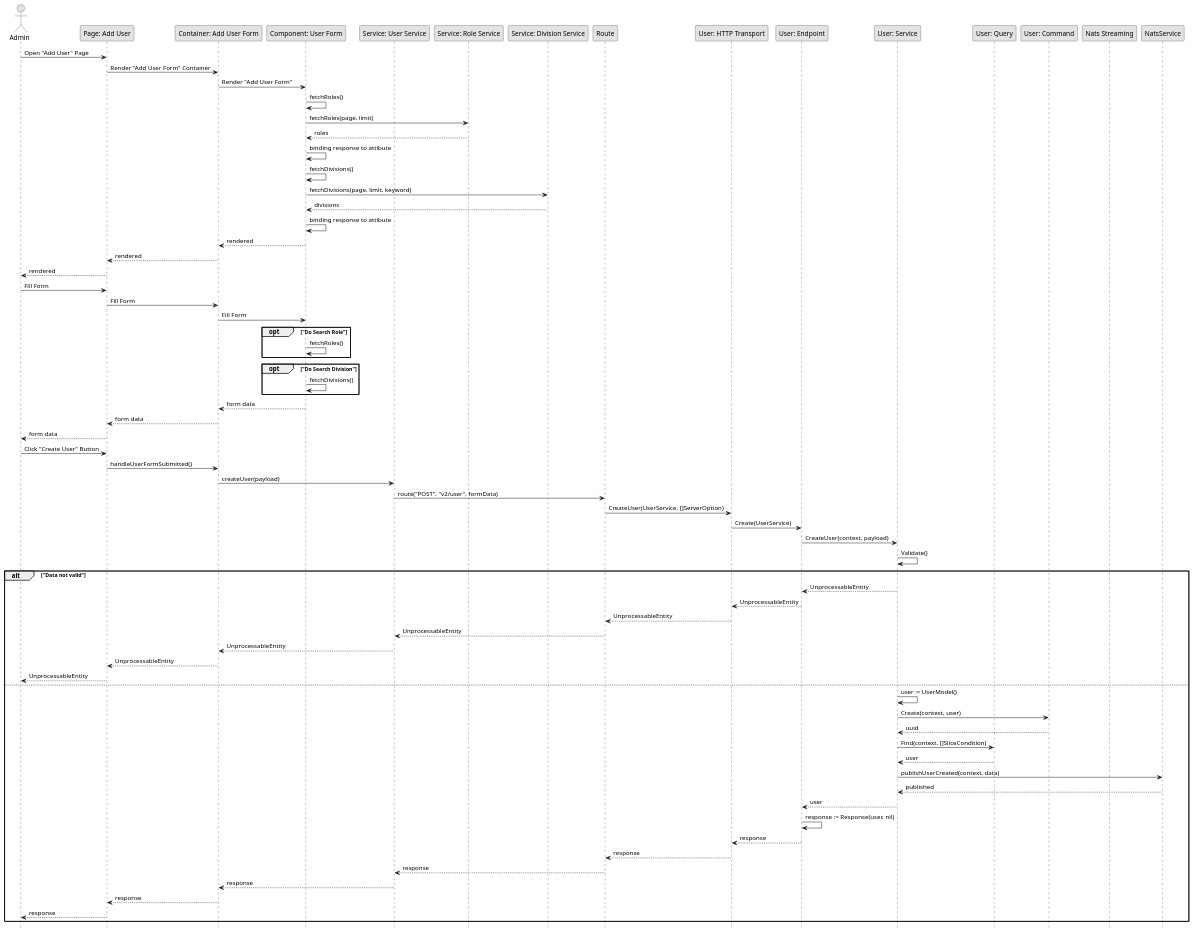
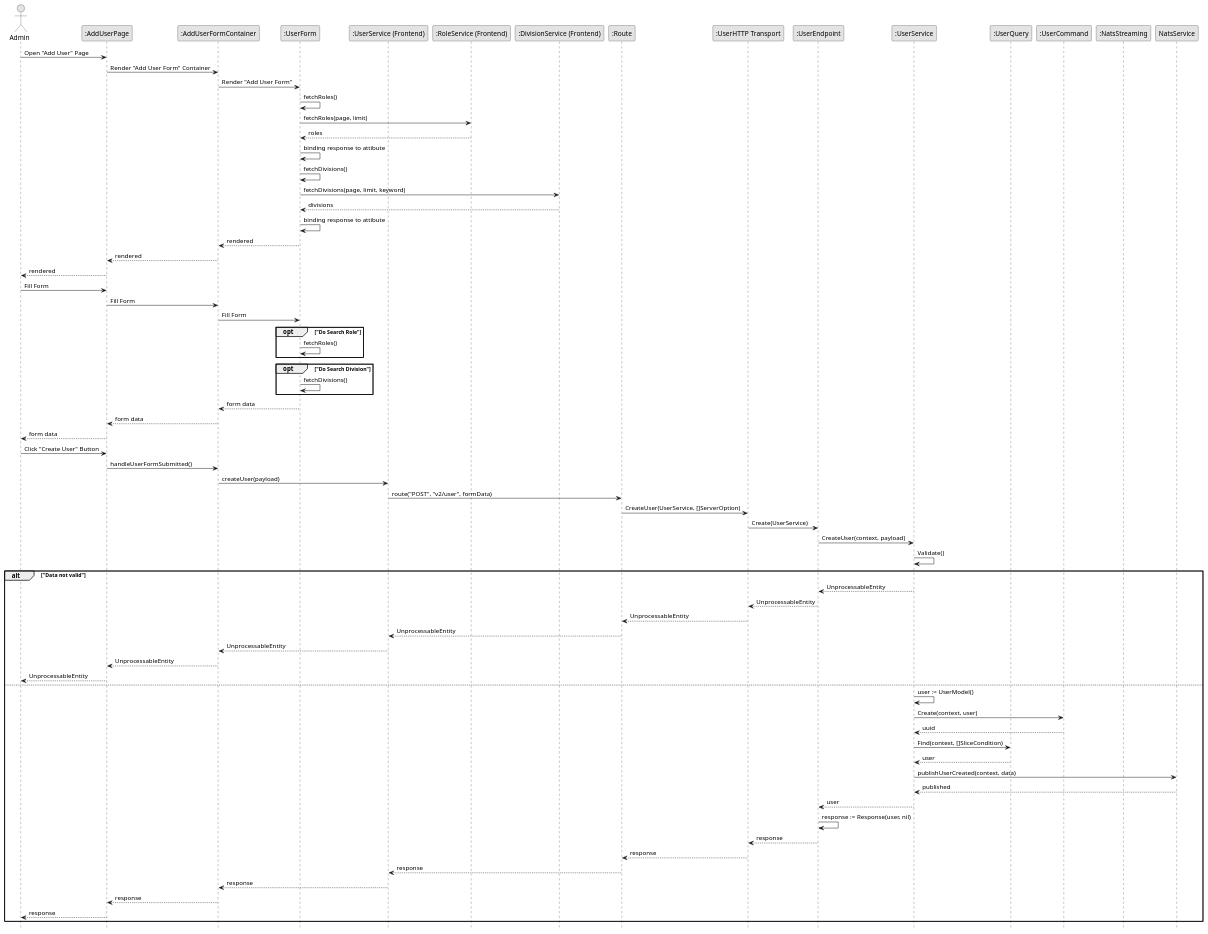
Before and after one commit to fwidjaya20/fazzlearning-uml: the diagram in Sequence/Release02/CreateUser.wsd, drawn with PlantUML. The commit also changed 108 other files, not shown here.

Commit message:
fix(diagram): change participant format name (#30)

```diff
--- a/Sequence/Release02/CreateUser.wsd
+++ b/Sequence/Release02/CreateUser.wsd
@@ -1,101 +1,101 @@
 @startuml CreateUser
 
 skinparam Monochrome true
 skinparam Shadowing false
 hide footbox
 
 actor Admin
-participant "Page: Add User" as CreateUserPage
-participant "Container: Add User Form" as AddUserFormContainer
-participant "Component: User Form" as UserFormComponent
-participant "Service: User Service" as FEUserService
-participant "Service: Role Service" as FERoleService
-participant "Service: Division Service" as FEDivisionService
-participant "Route" as Route
-participant "User: HTTP Transport" as UserHTTPTransport
-participant "User: Endpoint" as UserEndpoint
-participant "User: Service" as UserService
-participant "User: Query" as UserQuery
-participant "User: Command" as UserCommand
-participant "Nats Streaming" as NatsStreaming
+participant ":AddUserPage" as CreateUserPage
+participant ":AddUserFormContainer" as AddUserFormContainer
+participant ":UserForm" as UserFormComponent
+participant ":UserService (Frontend)" as FEUserService
+participant ":RoleService (Frontend)" as FERoleService
+participant ":DivisionService (Frontend)" as FEDivisionService
+participant ":Route" as Route
+participant ":UserHTTP Transport" as UserHTTPTransport
+participant ":UserEndpoint" as UserEndpoint
+participant ":UserService" as UserService
+participant ":UserQuery" as UserQuery
+participant ":UserCommand" as UserCommand
+participant ":NatsStreaming" as NatsStreaming
 
 ' Load Data
 Admin->CreateUserPage: Open "Add User" Page
 CreateUserPage->AddUserFormContainer: Render "Add User Form" Container
 AddUserFormContainer->UserFormComponent: Render "Add User Form"
 
 ' Fetch Roles
 UserFormComponent->UserFormComponent: fetchRoles()
 UserFormComponent->FERoleService: fetchRoles(page, limit)
 FERoleService-->UserFormComponent: roles
 UserFormComponent->UserFormComponent: binding response to attibute
 ' End Fetch Roles
 
 ' Fetch Division
 UserFormComponent->UserFormComponent: fetchDivisions()
 UserFormComponent->FEDivisionService: fetchDivisions(page, limit, keyword)
 FEDivisionService-->UserFormComponent: divisions
 UserFormComponent->UserFormComponent: binding response to attibute
 ' End Fetch Division
 
 UserFormComponent-->AddUserFormContainer: rendered
 AddUserFormContainer-->CreateUserPage: rendered
 CreateUserPage-->Admin: rendered
 ' End Load Data
 
 ' Fill Data
 Admin->CreateUserPage: Fill Form
 CreateUserPage->AddUserFormContainer: Fill Form
 AddUserFormContainer->UserFormComponent: Fill Form
 
 opt "Do Search Role"
     UserFormComponent->UserFormComponent: fetchRoles()
 end
 
 opt "Do Search Division"
     UserFormComponent->UserFormComponent: fetchDivisions()
 end
 
 UserFormComponent-->AddUserFormContainer: form data
 AddUserFormContainer-->CreateUserPage: form data
 CreateUserPage-->Admin: form data
 ' End Fill Data
 
 Admin->CreateUserPage: Click "Create User" Button
 CreateUserPage->AddUserFormContainer: handleUserFormSubmitted()
 AddUserFormContainer->FEUserService: createUser(payload)
 FEUserService->Route: route("POST", "v2/user", formData)
 Route->UserHTTPTransport: CreateUser(UserService, []ServerOption)
 UserHTTPTransport->UserEndpoint: Create(UserService)
 UserEndpoint->UserService: CreateUser(context, payload)
 UserService->UserService: Validate()
 
 alt "Data not valid"
     UserService-->UserEndpoint: UnprocessableEntity
     UserEndpoint-->UserHTTPTransport: UnprocessableEntity
     UserHTTPTransport-->Route: UnprocessableEntity
     Route-->FEUserService: UnprocessableEntity
     FEUserService-->AddUserFormContainer: UnprocessableEntity
     AddUserFormContainer-->CreateUserPage: UnprocessableEntity
     CreateUserPage-->Admin: UnprocessableEntity
 else
     UserService->UserService: user := UserModel()
     UserService->UserCommand: Create(context, user)
     UserCommand-->UserService: uuid
     UserService->UserQuery: Find(context, []SliceCondition)
     UserQuery-->UserService: user
 
     UserService->NatsService: publishUserCreated(context, data)
     NatsService-->UserService: published
 
     UserService-->UserEndpoint: user
     UserEndpoint->UserEndpoint:  response := Response(user, nil)
     UserEndpoint-->UserHTTPTransport: response
     UserHTTPTransport-->Route: response
     Route-->FEUserService: response
     FEUserService-->AddUserFormContainer: response
     AddUserFormContainer-->CreateUserPage: response
     CreateUserPage-->Admin: response
 end
 
 @enduml
```
